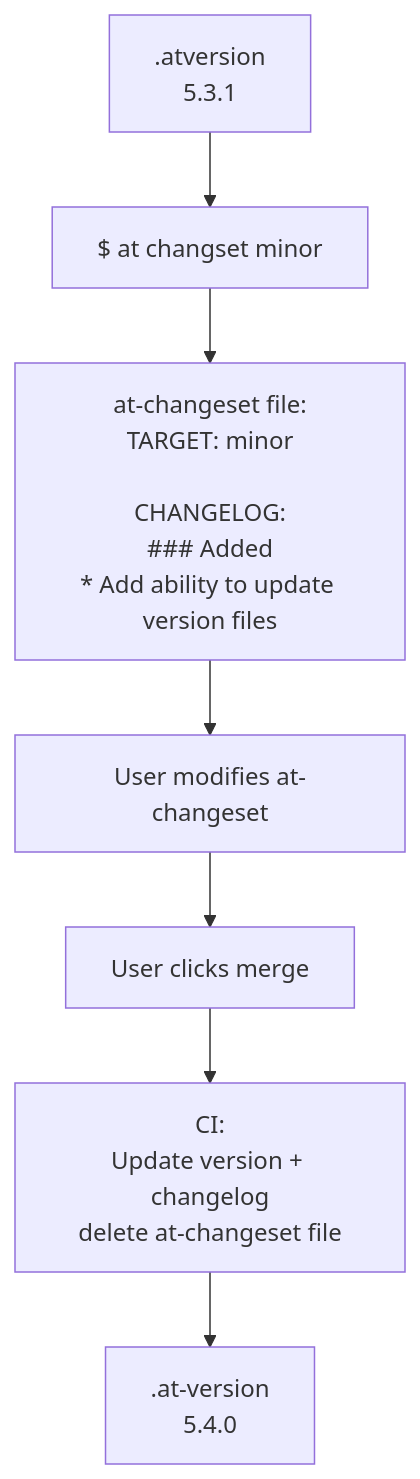
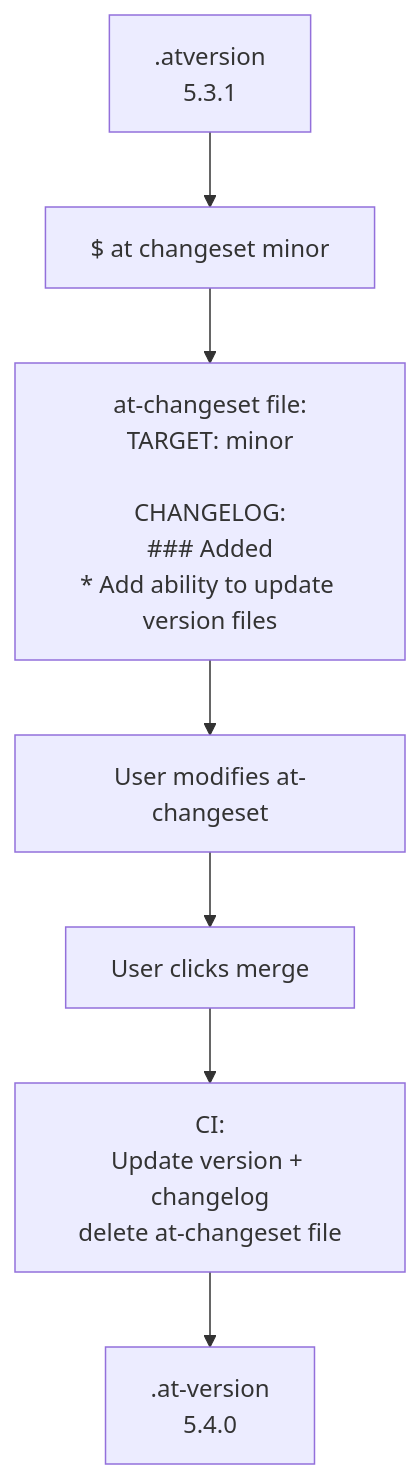
One commit to gregerspoulsen/artisan_tools changed the diagram in doc/workflow.mermaid. Above: the diagram before and after it, drawn with Mermaid.

```diff
--- a/doc/workflow.mermaid
+++ b/doc/workflow.mermaid
@@ -1,15 +1,15 @@
 graph TD
     A[.atversion<br>5.3.1]
-    B["$ at changset minor <br>"]
+    B["$ at changeset minor <br>"]
     D["at-changeset file:<br>TARGET: minor<br><br>CHANGELOG:<br>### Added<br>* Add ability to update version files"]
     E[User modifies at-changeset]
     F[User clicks merge]
     G[CI:<br>Update version + changelog<br>delete at-changeset file]
     H[.at-version<br>5.4.0]
 
     A --> B
     B --> D
     D --> E
     E --> F
     F --> G
     G --> H
```
